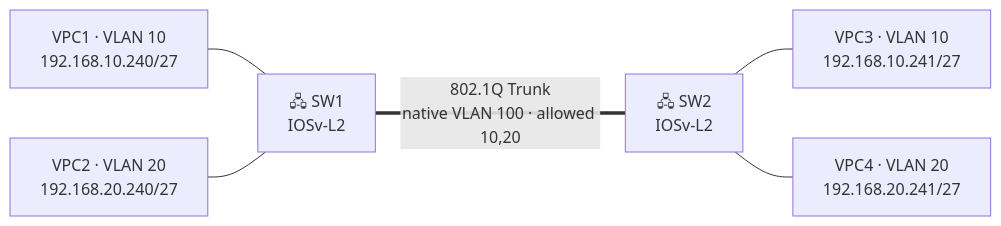
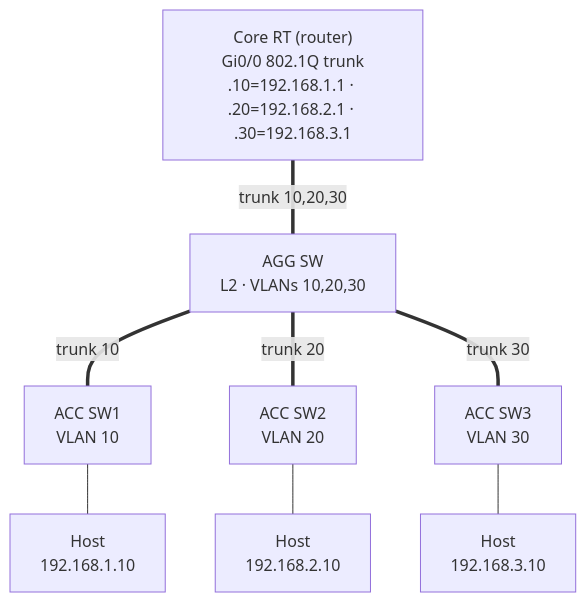
One commit to Ahnafshariar/CCNP-ENCOR-Preparation changed the first of 2 diagrams in README.md. Above: the diagram before and after it, drawn with Mermaid. The commit also changed other lines of this file and 2 other files, not shown here.

Commit message:
Updating Repo

````diff
--- a/README.md
+++ b/README.md
@@ -58,8 +58,18 @@
 ```mermaid
-graph LR
-    VPC1["VPC1 · VLAN 10<br/>192.168.10.240/27"] --- SW1
-    VPC2["VPC2 · VLAN 20<br/>192.168.20.240/27"] --- SW1
-    SW1["🖧 SW1<br/>IOSv-L2"] ===|"802.1Q Trunk<br/>native VLAN 100 · allowed 10,20"| SW2["🖧 SW2<br/>IOSv-L2"]
-    SW2 --- VPC3["VPC3 · VLAN 10<br/>192.168.10.241/27"]
-    SW2 --- VPC4["VPC4 · VLAN 20<br/>192.168.20.241/27"]
+graph TD
+    CORE["Core RT (router)<br/>Gi0/0 802.1Q trunk<br/>.10=192.168.1.1 · .20=192.168.2.1 · .30=192.168.3.1"]
+    AGG["AGG SW<br/>L2 · VLANs 10,20,30"]
+    ACC1["ACC SW1<br/>VLAN 10"]
+    ACC2["ACC SW2<br/>VLAN 20"]
+    ACC3["ACC SW3<br/>VLAN 30"]
+    H1["Host<br/>192.168.1.10"]
+    H2["Host<br/>192.168.2.10"]
+    H3["Host<br/>192.168.3.10"]
+    CORE ===|"trunk 10,20,30"| AGG
+    AGG ===|"trunk 10"| ACC1
+    AGG ===|"trunk 20"| ACC2
+    AGG ===|"trunk 30"| ACC3
+    ACC1 --- H1
+    ACC2 --- H2
+    ACC3 --- H3
 ```
````
